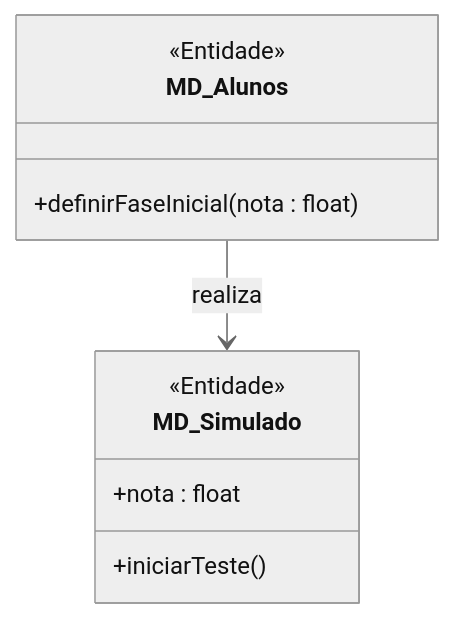
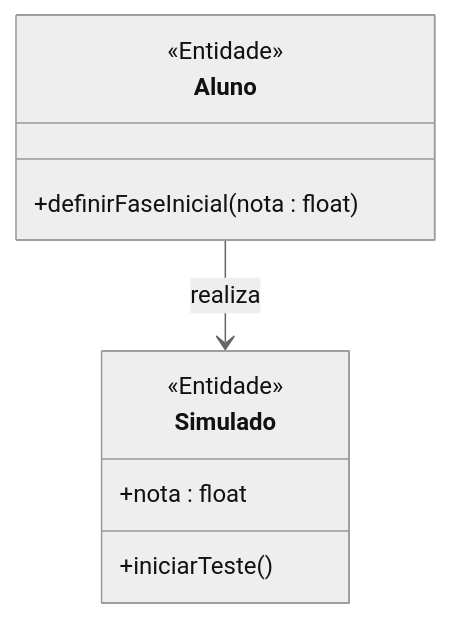
One commit to MayconDIS/PIM_III-Documentacao_UML changed the first of 2 diagrams in PIM_III/02_Modelagem_UML_Astah/UC03_Realizar_Teste_Nivelamento/README.md. Above: the diagram before and after it, drawn with Mermaid (neutral theme). The commit also changed other lines of this file and 86 other files, not shown here.

Commit message:
docs(uml): add comprehensive UML diagrams and tutorials for all 15 use cases

````diff
--- a/PIM_III/02_Modelagem_UML_Astah/UC03_Realizar_Teste_Nivelamento/README.md
+++ b/PIM_III/02_Modelagem_UML_Astah/UC03_Realizar_Teste_Nivelamento/README.md
@@ -42,13 +42,13 @@
 ```mermaid
 classDiagram
-    class MD_Alunos {
+    class Aluno {
         <<Entidade>>
         +definirFaseInicial(nota : float)
     }
-    class MD_Simulado {
+    class Simulado {
         <<Entidade>>
         +nota : float
         +iniciarTeste()
     }
-    MD_Alunos --> MD_Simulado : realiza
+    Aluno --> Simulado : realiza
 ```
````
